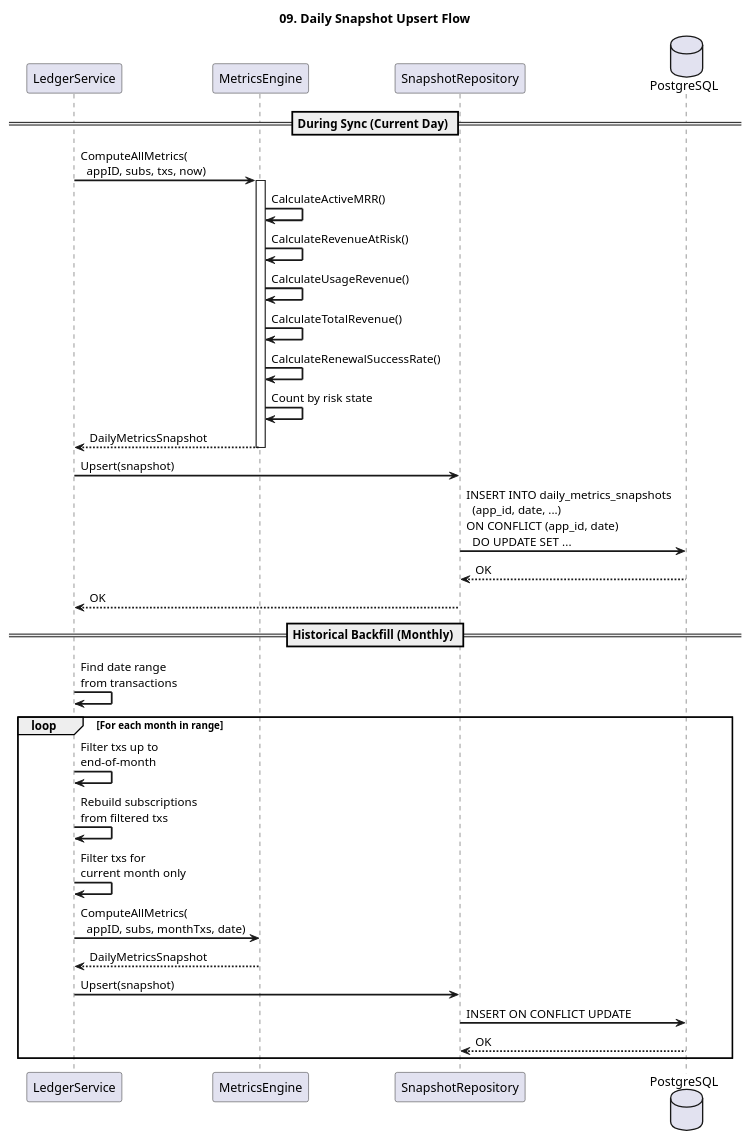
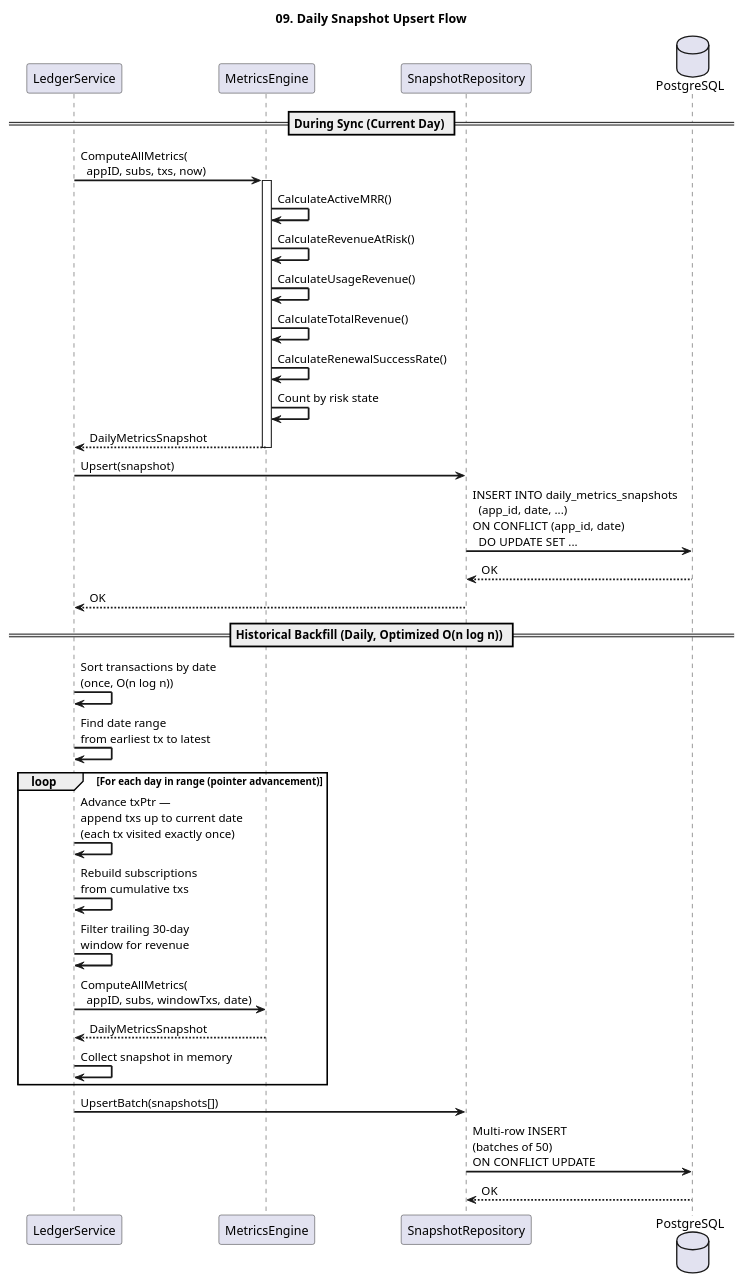
Before and after one commit to sachin-sivadasan/ledgerguard: the diagram in docs/diagrams/puml/09-snapshot-upsert-sequence.puml, drawn with PlantUML. The commit also changed 83 other files, not shown here.

First line of the commit message:
feat: snapshot strategy — daily backfill O(n log n), trend API with granularity (ADR-041)

```diff
--- a/docs/diagrams/puml/09-snapshot-upsert-sequence.puml
+++ b/docs/diagrams/puml/09-snapshot-upsert-sequence.puml
@@ -1,48 +1,51 @@
 @startuml
 title 09. Daily Snapshot Upsert Flow
 
 skinparam sequenceArrowThickness 2
 
 participant "LedgerService" as Ledger
 participant "MetricsEngine" as Metrics
 participant "SnapshotRepository" as Repo
 database "PostgreSQL" as DB
 
 == During Sync (Current Day) ==
 
 Ledger -> Metrics: ComputeAllMetrics(\n  appID, subs, txs, now)
 activate Metrics
 
 Metrics -> Metrics: CalculateActiveMRR()
 Metrics -> Metrics: CalculateRevenueAtRisk()
 Metrics -> Metrics: CalculateUsageRevenue()
 Metrics -> Metrics: CalculateTotalRevenue()
 Metrics -> Metrics: CalculateRenewalSuccessRate()
 Metrics -> Metrics: Count by risk state
 
 Metrics --> Ledger: DailyMetricsSnapshot
 deactivate Metrics
 
 Ledger -> Repo: Upsert(snapshot)
 Repo -> DB: INSERT INTO daily_metrics_snapshots\n  (app_id, date, ...)\nON CONFLICT (app_id, date)\n  DO UPDATE SET ...
 DB --> Repo: OK
 Repo --> Ledger: OK
 
-== Historical Backfill (Monthly) ==
+== Historical Backfill (Daily, Optimized O(n log n)) ==
 
-Ledger -> Ledger: Find date range\nfrom transactions
+Ledger -> Ledger: Sort transactions by date\n(once, O(n log n))
+Ledger -> Ledger: Find date range\nfrom earliest tx to latest
 
-loop For each month in range
-  Ledger -> Ledger: Filter txs up to\nend-of-month
-  Ledger -> Ledger: Rebuild subscriptions\nfrom filtered txs
-  Ledger -> Ledger: Filter txs for\ncurrent month only
+loop For each day in range (pointer advancement)
+  Ledger -> Ledger: Advance txPtr —\nappend txs up to current date\n(each tx visited exactly once)
+  Ledger -> Ledger: Rebuild subscriptions\nfrom cumulative txs
+  Ledger -> Ledger: Filter trailing 30-day\nwindow for revenue
 
-  Ledger -> Metrics: ComputeAllMetrics(\n  appID, subs, monthTxs, date)
+  Ledger -> Metrics: ComputeAllMetrics(\n  appID, subs, windowTxs, date)
   Metrics --> Ledger: DailyMetricsSnapshot
 
-  Ledger -> Repo: Upsert(snapshot)
-  Repo -> DB: INSERT ON CONFLICT UPDATE
-  DB --> Repo: OK
+  Ledger -> Ledger: Collect snapshot in memory
 end
 
+Ledger -> Repo: UpsertBatch(snapshots[])
+Repo -> DB: Multi-row INSERT\n(batches of 50)\nON CONFLICT UPDATE
+DB --> Repo: OK
+
 @enduml
```
